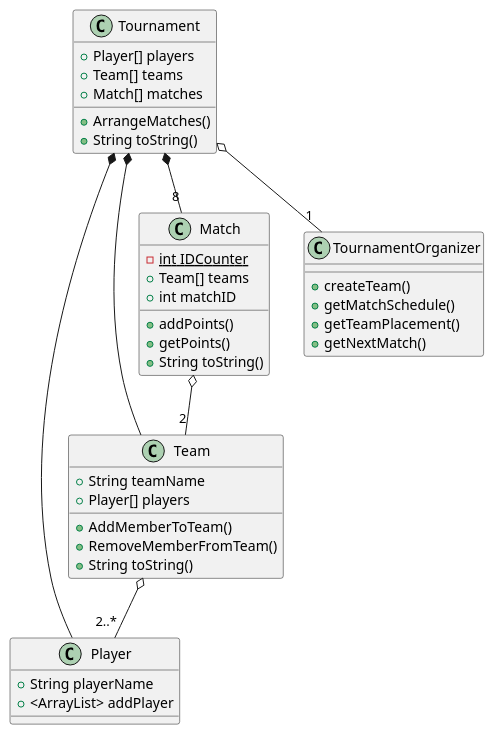
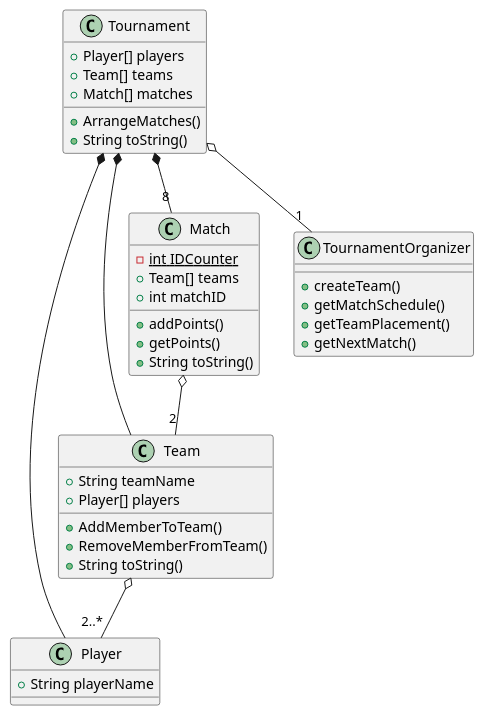
One commit to DeRp-DaWg/SP3 changed the diagram in doc/Class.puml. Above: the diagram before and after it, drawn with PlantUML.

Commit message:
Documentation

```diff
--- a/doc/Class.puml
+++ b/doc/Class.puml
@@ -1,48 +1,47 @@
 @startuml
 'https://plantuml.com/class-diagram
 
 class Player {
 +String playerName
-+<ArrayList> addPlayer
 }
 
 class Team {
 +String teamName
 +Player[] players
 +AddMemberToTeam()
 +RemoveMemberFromTeam()
 +String toString()
 }
 
 class Match{
 -int {static} IDCounter
 +Team[] teams
 +int matchID
 +addPoints()
 +getPoints()
 +String toString()
 }
 
 class Tournament {
 +Player[] players
 +Team[] teams
 +Match[] matches
 +ArrangeMatches()
 +String toString()
 }
 
 class TournamentOrganizer {
 +createTeam()
 +getMatchSchedule()
 +getTeamPlacement()
 +getNextMatch()
 }
 
 Tournament o-- "1" TournamentOrganizer
 Tournament *-- "8" Match
 Tournament *-- Player
 Tournament *-- Team
 Match o-- "2" Team
 Team o-- "2..*" Player
 
 @enduml
```
